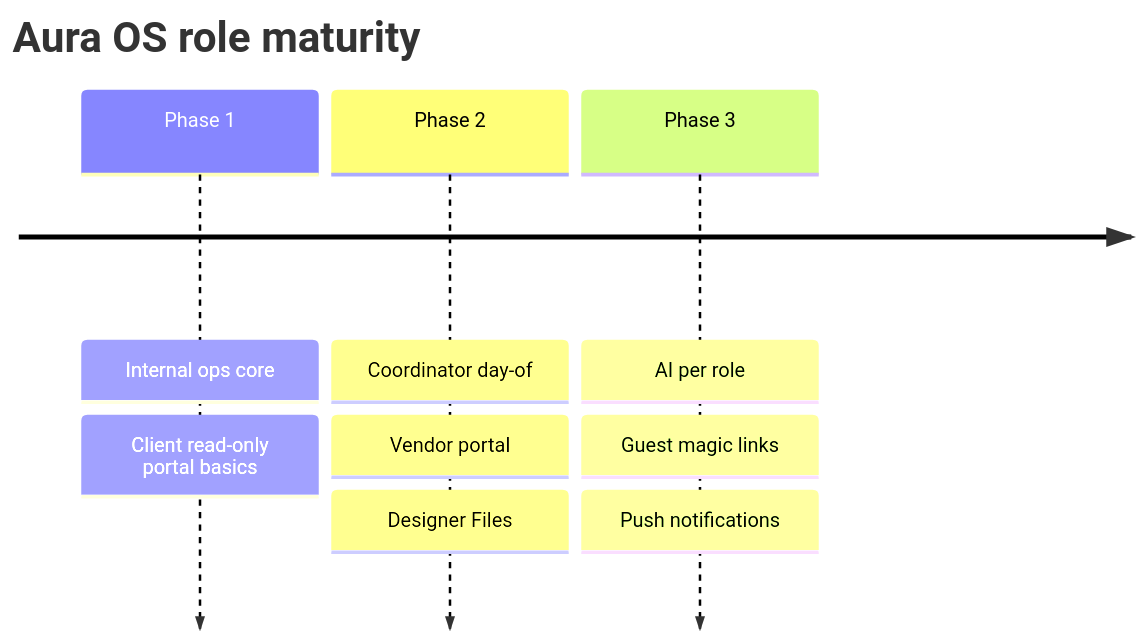
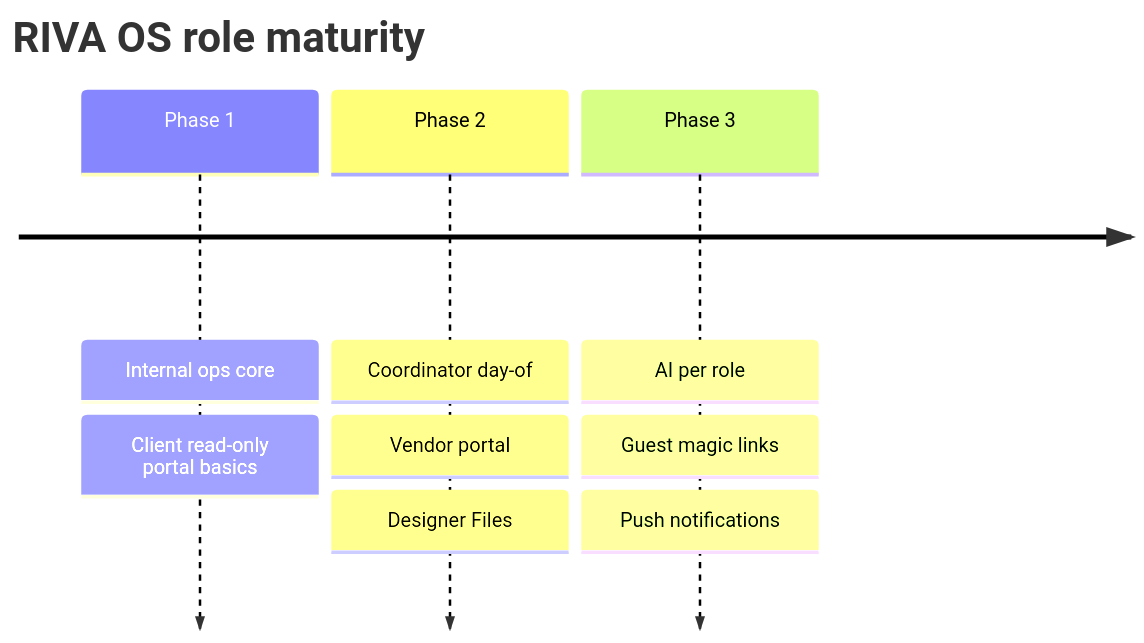
One commit to raviusl/aura-os changed diagram 22 of 22 in docs/USER_JOURNEY.md. Above: the diagram before and after it, drawn with Mermaid. The commit also changed other lines of this file and 25 other files, not shown here.

````diff
--- a/docs/USER_JOURNEY.md
+++ b/docs/USER_JOURNEY.md
@@ -1017,12 +1017,12 @@
 ```mermaid
 timeline
-  title Aura OS role maturity
+  title RIVA OS role maturity
   Phase 1 : Internal ops core
           : Client read-only portal basics
   Phase 2 : Coordinator day-of
           : Vendor portal
           : Designer Files
   Phase 3 : AI per role
           : Guest magic links
           : Push notifications
 ```
````
